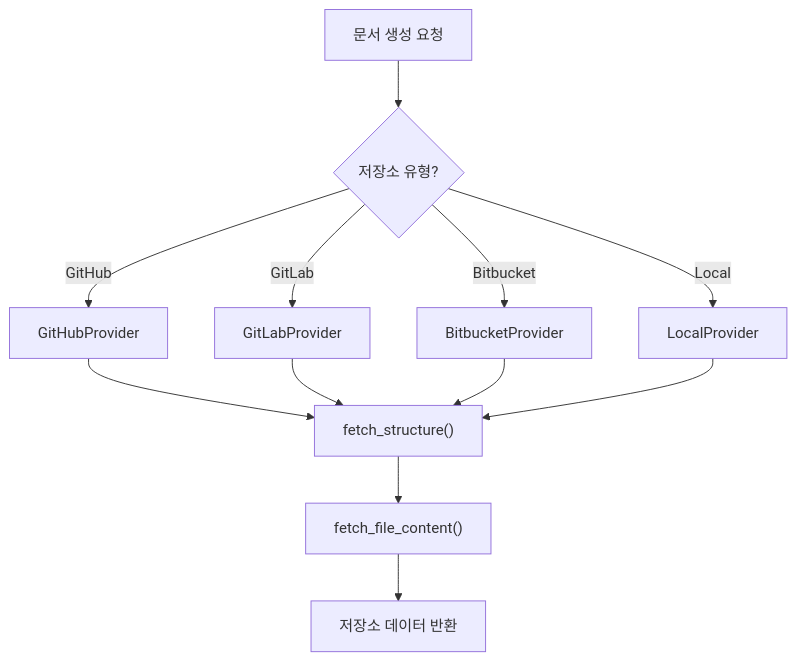
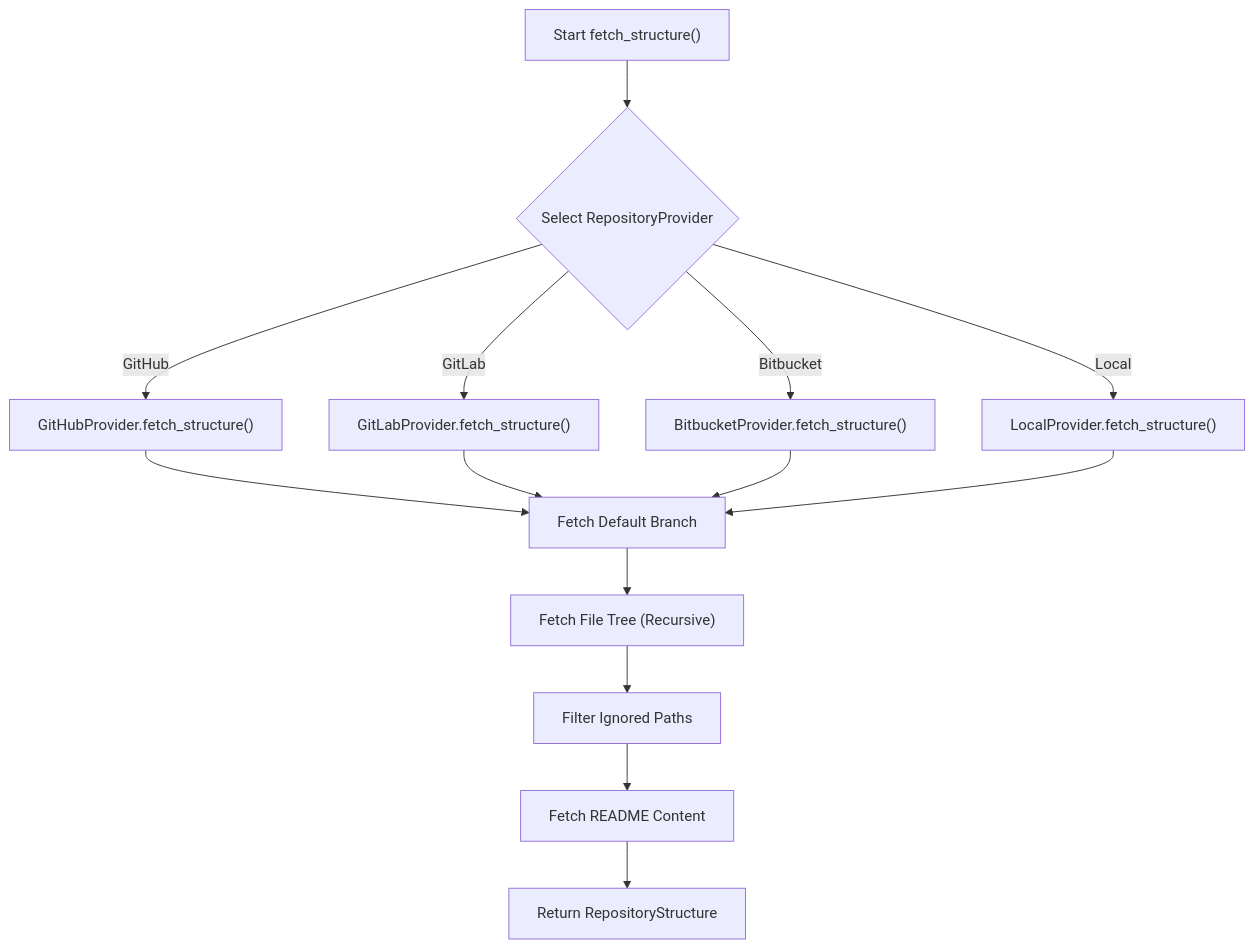
The sixth of 19 diagrams in examples/wiki_as_README.md (catuscio/wiki-as-readme), drawn with Mermaid before and after one commit. The commit also changed other lines of this file, not shown here.

````diff
--- a/examples/wiki_as_README.md
+++ b/examples/wiki_as_README.md
@@ -503,14 +498,13 @@
 ```mermaid
-graph TD
-    A["문서 생성 요청"] --> B{"저장소 유형?"}
-    B -- "GitHub" --> C["GitHubProvider"]
-    B -- "GitLab" --> D["GitLabProvider"]
-    B -- "Bitbucket" --> E["BitbucketProvider"]
-    B -- "Local" --> F["LocalProvider"]
-    C --> G["fetch_structure()"]
-    D --> G
-    E --> G
-    F --> G
-    G --> H["fetch_file_content()"]
-    H --> I["저장소 데이터 반환"]
+flowchart TD
+    A["Start fetch_structure()"] --> B{"Select RepositoryProvider"};
+    B -- "GitHub" --> C["GitHubProvider.fetch_structure()"];
+    B -- "GitLab" --> D["GitLabProvider.fetch_structure()"];
+    B -- "Bitbucket" --> E["BitbucketProvider.fetch_structure()"];
+    B -- "Local" --> F["LocalProvider.fetch_structure()"];
+    C & D & E & F --> G["Fetch Default Branch"];
+    G --> H["Fetch File Tree (Recursive)"];
+    H --> I["Filter Ignored Paths"];
+    I --> J["Fetch README Content"];
+    J --> K["Return RepositoryStructure"];
 ```
````
